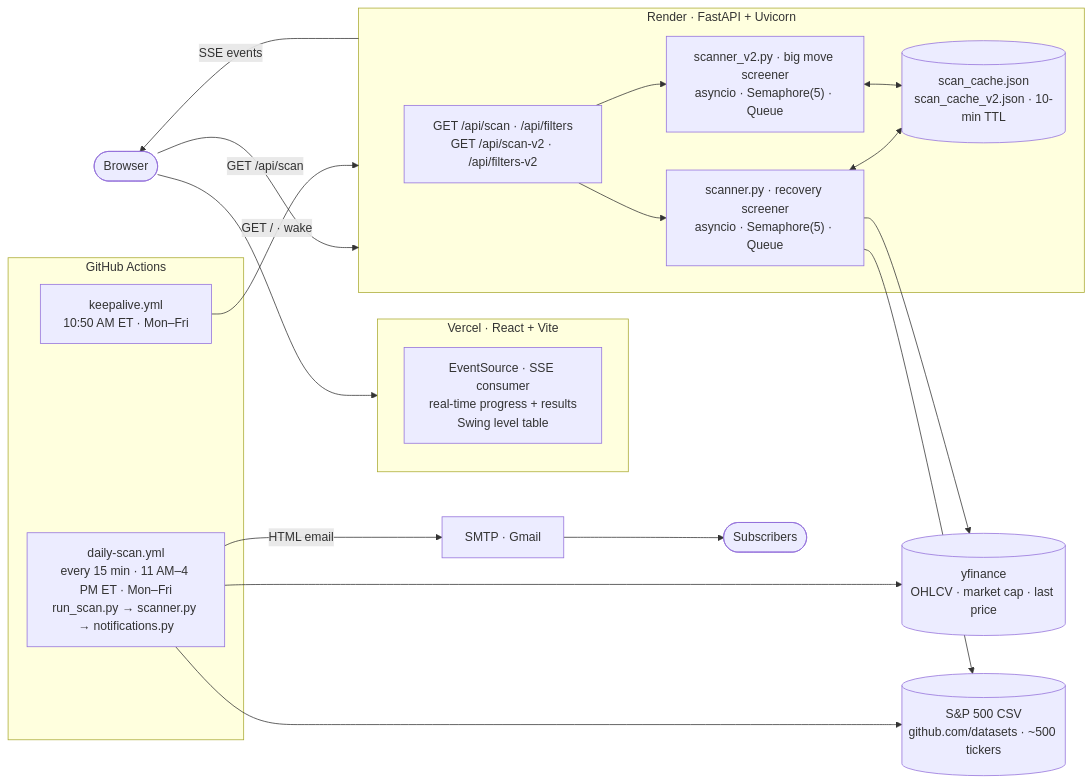
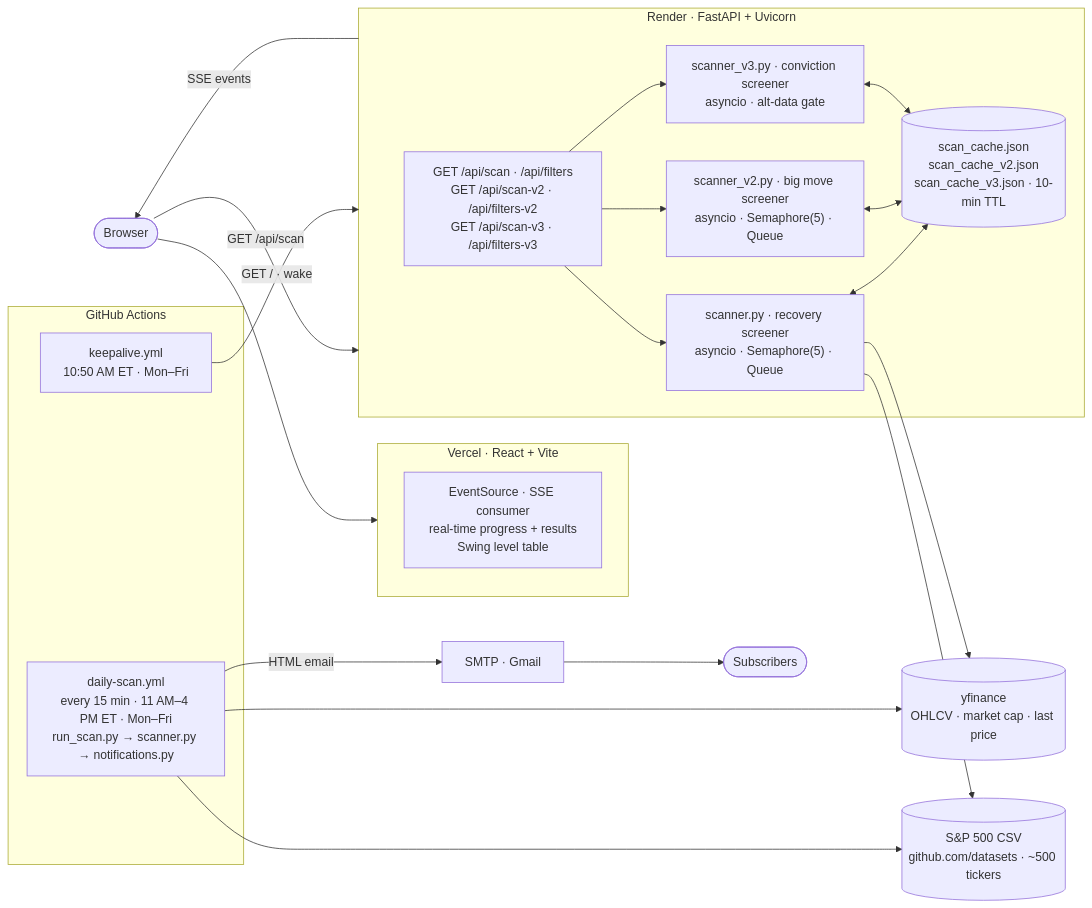
Before and after one commit to mehtakaran9/stock-screener: the diagram in README.md, drawn with Mermaid. The commit also changed other lines of this file and 11 other files, not shown here.

````diff
--- a/README.md
+++ b/README.md
@@ -146,40 +166,43 @@
 ```mermaid
 flowchart LR
     browser(["Browser"])
 
     subgraph vercel ["Vercel · React + Vite"]
         ui["EventSource · SSE consumer\nreal-time progress + results\nSwing level table"]
     end
 
     subgraph render ["Render · FastAPI + Uvicorn"]
-        api["GET /api/scan · /api/filters\nGET /api/scan-v2 · /api/filters-v2"]
+        api["GET /api/scan · /api/filters\nGET /api/scan-v2 · /api/filters-v2\nGET /api/scan-v3 · /api/filters-v3"]
         scanner["scanner.py · recovery screener\nasyncio · Semaphore(5) · Queue"]
         scanner_v2["scanner_v2.py · big move screener\nasyncio · Semaphore(5) · Queue"]
-        cache[("scan_cache.json\nscan_cache_v2.json · 10-min TTL")]
+        scanner_v3["scanner_v3.py · conviction screener\nasyncio · alt-data gate"]
+        cache[("scan_cache.json\nscan_cache_v2.json\nscan_cache_v3.json · 10-min TTL")]
         api --> scanner
         api --> scanner_v2
+        api --> scanner_v3
         scanner <--> cache
         scanner_v2 <--> cache
+        scanner_v3 <--> cache
     end
 
     subgraph gha ["GitHub Actions"]
         keepalive["keepalive.yml\n10:50 AM ET · Mon–Fri"]
         daily["daily-scan.yml\nevery 15 min · 11 AM–4 PM ET · Mon–Fri\nrun_scan.py → scanner.py → notifications.py"]
     end
 
     yf[("yfinance\nOHLCV · market cap · last price")]
     sp500[("S&P 500 CSV\ngithub.com/datasets · ~500 tickers")]
     smtp["SMTP · Gmail"]
     subs(["Subscribers"])
 
     browser --> vercel
     browser -->|GET /api/scan| render
     render -->|SSE events| browser
     keepalive -->|"GET / · wake"| render
     scanner --> yf
     scanner --> sp500
     daily --> yf
     daily --> sp500
     daily -->|HTML email| smtp
     smtp --> subs
 ```
````
